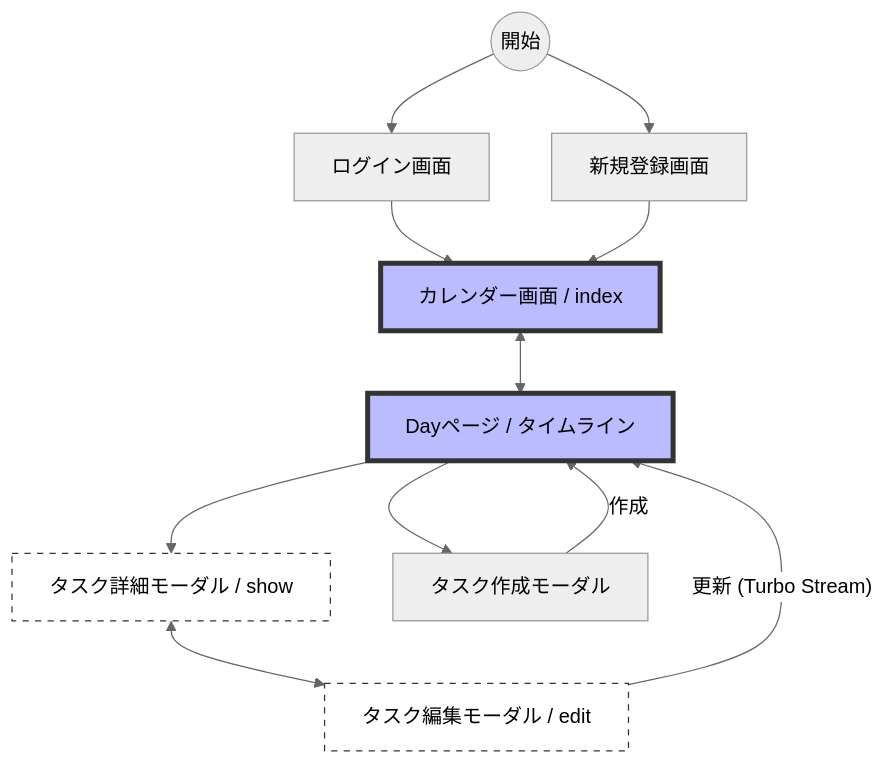
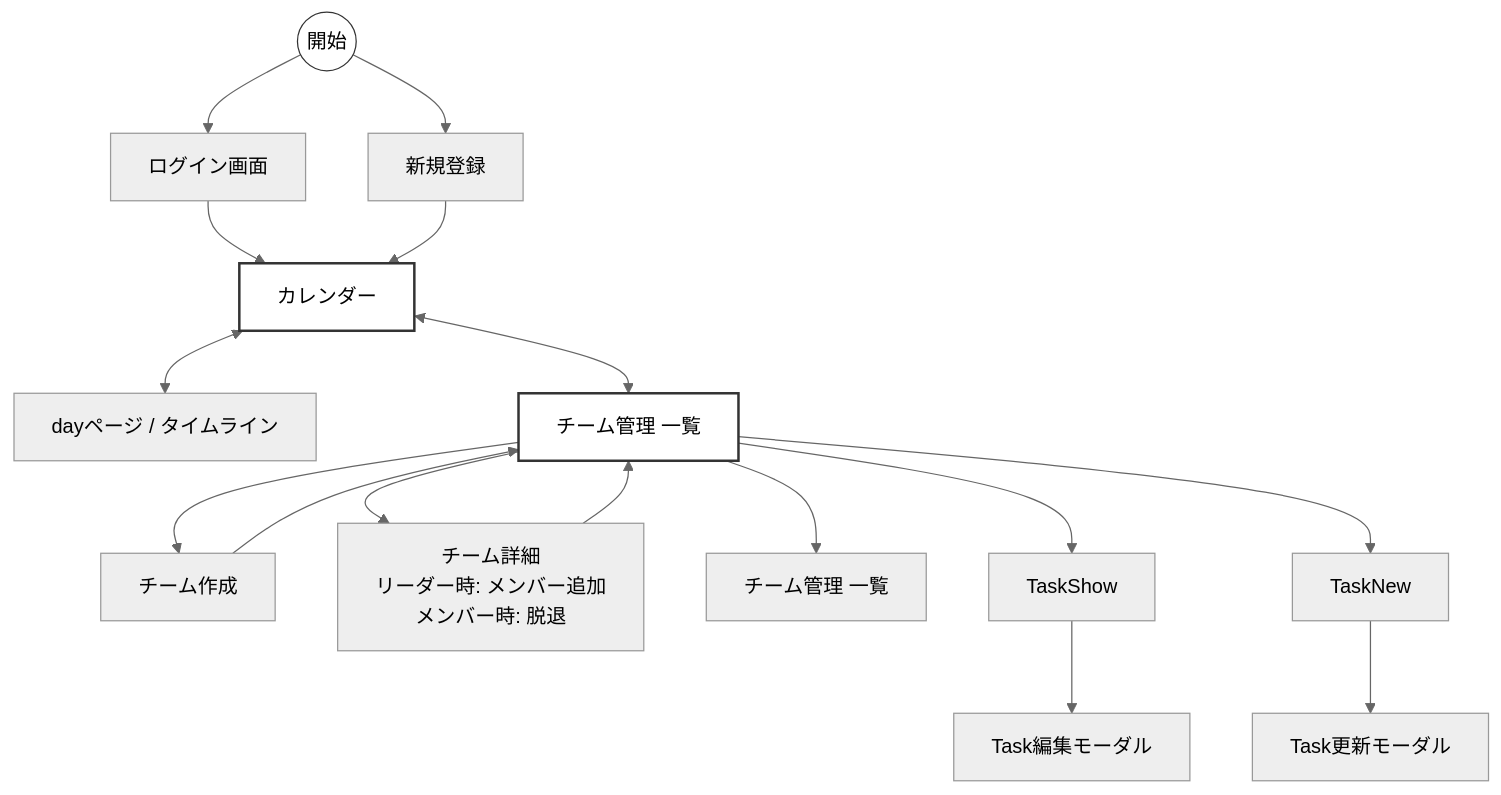
Before and after one commit to ymshkdev/TaskStreamliner: the second of 2 diagrams in README.md, drawn with Mermaid (neutral theme). The commit also changed 1 other file, not shown here.

Commit message:
readmeも修正

````diff
--- a/README.md
+++ b/README.md
@@ -141,28 +141,35 @@
 ```mermaid
-graph TD
+  graph TD
     %% ログイン前
     Start((開始)) --> Login[ログイン画面]
-    Start --> Signup[新規登録画面]
+    Start --> Signup[新規登録]
     
-    %% ログイン後（メイン）
-    Login --> Index[カレンダー画面 / index]
-    Signup --> Index
+    %% メイン遷移
+    Login --> Calendar[カレンダー]
+    Signup --> Calendar
     
-    %% カレンダーとDayページの相互遷移
-    Index <--> Day[Dayページ / タイムライン]
+    %% カレンダーからの派生
+    Calendar <--> Day[dayページ / タイムライン]
+    Calendar <--> TeamIndex[チーム管理 一覧]
     
-    %% Dayページ内での詳細・編集の流れ
-    Day --> TaskShow[タスク詳細モーダル / show]
-    TaskShow <--> TaskEdit[タスク編集モーダル / edit]
+    %% チーム管理からの遷移
+    TeamIndex --> TeamCreate[チーム作成]
+    TeamCreate --> TeamIndex
     
-    %% アクション後の戻り
-    TaskEdit -- "更新 (Turbo Stream)" --> Day
-    TaskNew[タスク作成モーダル] -- "作成" --> Day
-    Day --> TaskNew
+    TeamIndex --> TeamDetail[チーム詳細<br/>リーダー時: メンバー追加<br/>メンバー時: 脱退]
+    TeamDetail --> TeamIndex
+    
+    TeamIndex --> TeamManageList[チーム管理 一覧]
+    
+    %% タスク操作（一覧画面からの想定）
+    TeamIndex --> TaskShow[TaskShow]
+    TeamIndex --> TaskNew[TaskNew]
+    
+    TaskShow --> TaskEdit[Task編集モーダル]
+    TaskNew --> TaskUpdate[Task更新モーダル]
 
     %% スタイル設定
-    style Index fill:#bbf,stroke:#333,stroke-width:4px
-    style Day fill:#bbf,stroke:#333,stroke-width:4px
-    style TaskShow fill:#fff,stroke:#333,stroke-dasharray: 5 5
-    style TaskEdit fill:#fff,stroke:#333,stroke-dasharray: 5 5
+    style Start fill:#fff,stroke:#333
+    style Calendar fill:#fff,stroke:#333,stroke-width:2px
+    style TeamIndex fill:#fff,stroke:#333,stroke-width:2px
 ```
````
